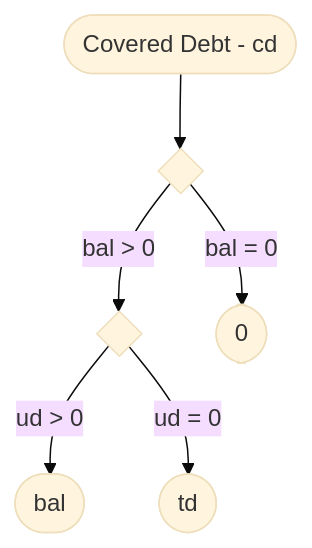
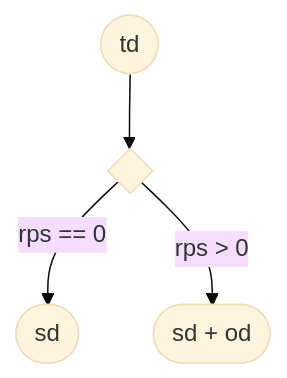
One commit to sablier-labs/docs changed the eighth of 9 diagrams in docs/reference/flow/01-diagrams.md. Above: the diagram before and after it, drawn with Mermaid (base theme). The commit also changed other lines of this file and 3 other files, not shown here.

Commit message:
removes streamId from sequence diagrams categorizes diagrams in Flow access control simplifies diagrams in Lockup access control defines ongoing debt in Flow overview fixes definition of snapshot debt in Flow overview adds abbreviations in Flow diagrams

````diff
--- a/docs/reference/flow/01-diagrams.md
+++ b/docs/reference/flow/01-diagrams.md
@@ -156,16 +147,11 @@
 ```mermaid
 flowchart TD
-    di0{ }:::blue0
-    di1{ }:::blue0
-    cd([Covered Debt - cd])
-    res_0([0 ])
-    res_bal([bal])
-    res_sum([td])
+rca([td])
+di0{ }
+res_00([sd ])
+res_01(["sd + od"])
 
-
-    cd --> di0
-    di0 -- "bal = 0" --> res_0
-    di0 -- "bal > 0" --> di1
-    di1 -- "ud > 0" --> res_bal
-    di1 -- "ud = 0" --> res_sum
+rca --> di0
+di0 -- "rps == 0" --> res_00
+di0 -- "rps > 0" --> res_01
 ```
````
